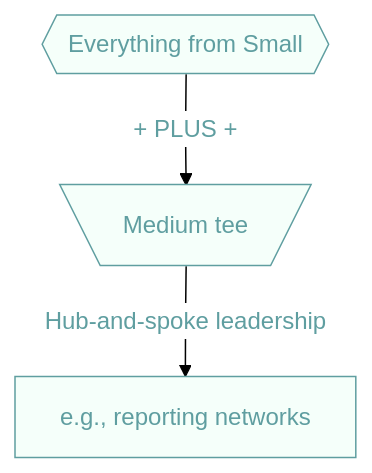
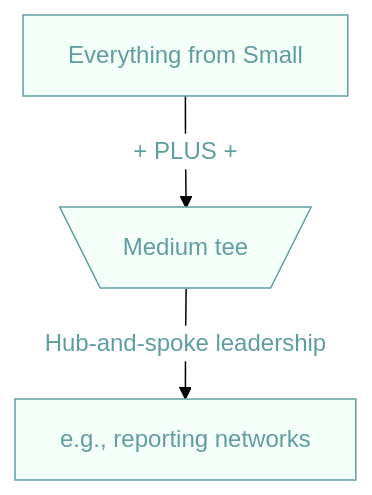
Before and after one commit to tiffehr/collaboration-capstone: the second of 3 diagrams in docs/README.md, drawn with Mermaid. The commit also changed other lines of this file, not shown here.

Commit message:
broken graphs

```diff
--- a/docs/README.md
+++ b/docs/README.md
@@ -106,7 +106,7 @@
 <div class="mermaid">
 %%{init: {"theme": "base","themeVariables": { "background": "white", "primaryColor": "mintcream", "secondaryBorderColor": "cadetblue", "primaryTextColor": "cadetblue", "clusterBorder": "darkslategrey", "nodeBorder": "cadetblue", "clusterBkg": "white", "nodeTextColor": "darkslategrey", "defaultLinkColor": "cadetblue", "titleColor": "darkslategrey", "edgeLabelBackground": "white" }}}%%
 graph TD
-  S{{Everything from Small}}
+  S[Everything from Small]
     S -->|+ PLUS +| M[\"Medium" tee/]
       M -->|Hub-and-spoke leadership| md[e.g., reporting networks]
 </div>
```
